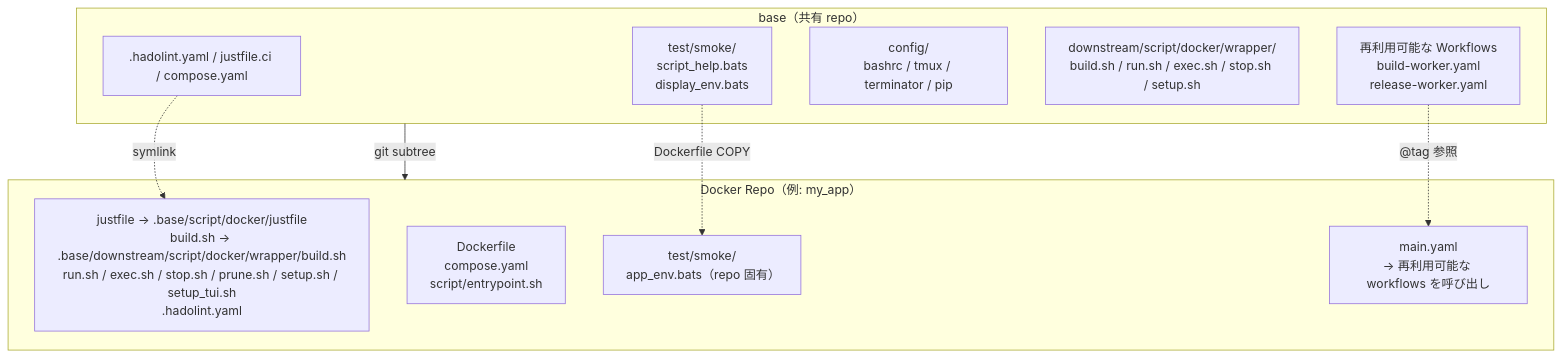
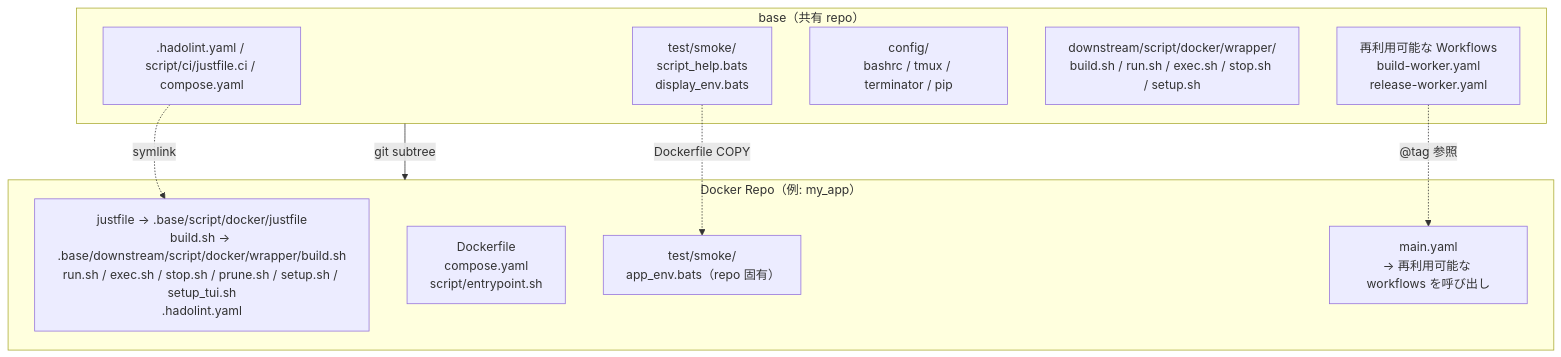
The first of 2 diagrams in doc/readme/README.ja.md (ycpss91255-docker/base), drawn with Mermaid before and after one commit. The commit also changed other lines of this file and 13 other files, not shown here.

````diff
--- a/doc/readme/README.ja.md
+++ b/doc/readme/README.ja.md
@@ -81,22 +81,22 @@
 ```mermaid
 graph TB
     subgraph base["base（共有 repo）"]
-        scripts[".hadolint.yaml / justfile.ci / compose.yaml"]
+        scripts[".hadolint.yaml / script/ci/justfile.ci / compose.yaml"]
         smoke["test/smoke/<br/>script_help.bats<br/>display_env.bats"]
         config["config/<br/>bashrc / tmux / terminator / pip"]
         mgmt["downstream/script/docker/wrapper/<br/>build.sh / run.sh / exec.sh / stop.sh / setup.sh"]
         workflows["再利用可能な Workflows<br/>build-worker.yaml<br/>release-worker.yaml"]
     end
 
     subgraph consumer["Docker Repo（例: my_app）"]
         symlinks["justfile → .base/script/docker/justfile<br/>build.sh → .base/downstream/script/docker/wrapper/build.sh<br/>run.sh / exec.sh / stop.sh / prune.sh / setup.sh / setup_tui.sh<br/>.hadolint.yaml"]
         dockerfile["Dockerfile<br/>compose.yaml<br/>script/entrypoint.sh"]
         repo_test["test/smoke/<br/>app_env.bats（repo 固有）"]
         main_yaml["main.yaml<br/>→ 再利用可能な workflows を呼び出し"]
     end
 
     base -- "git subtree" --> consumer
     scripts -. "symlink" .-> symlinks
     smoke -. "Dockerfile COPY" .-> repo_test
     workflows -. "@tag 参照" .-> main_yaml
 ```
````
